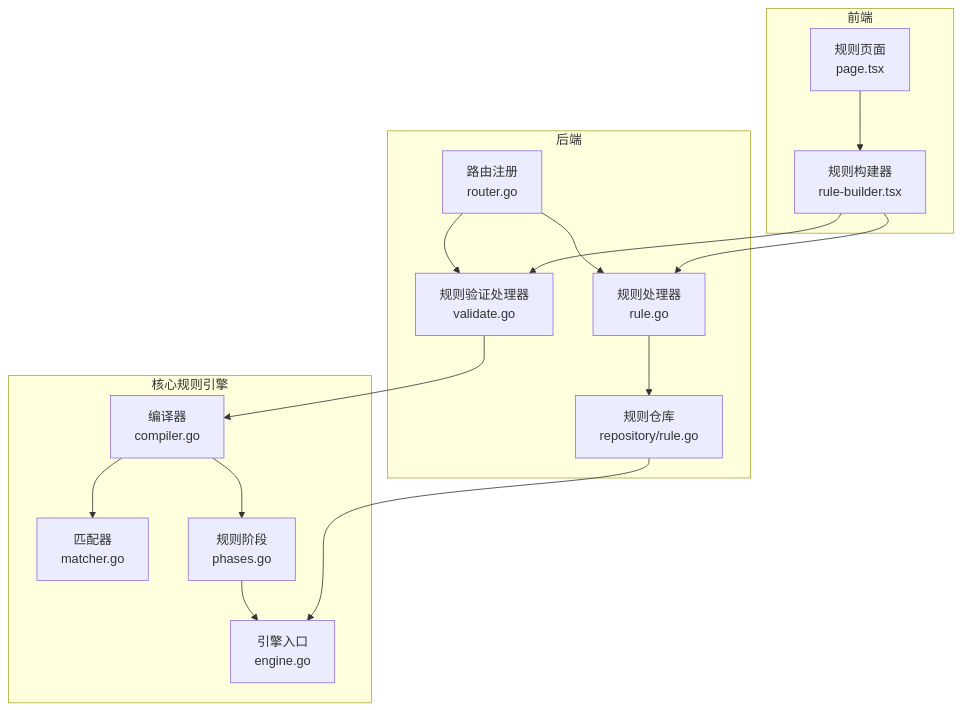
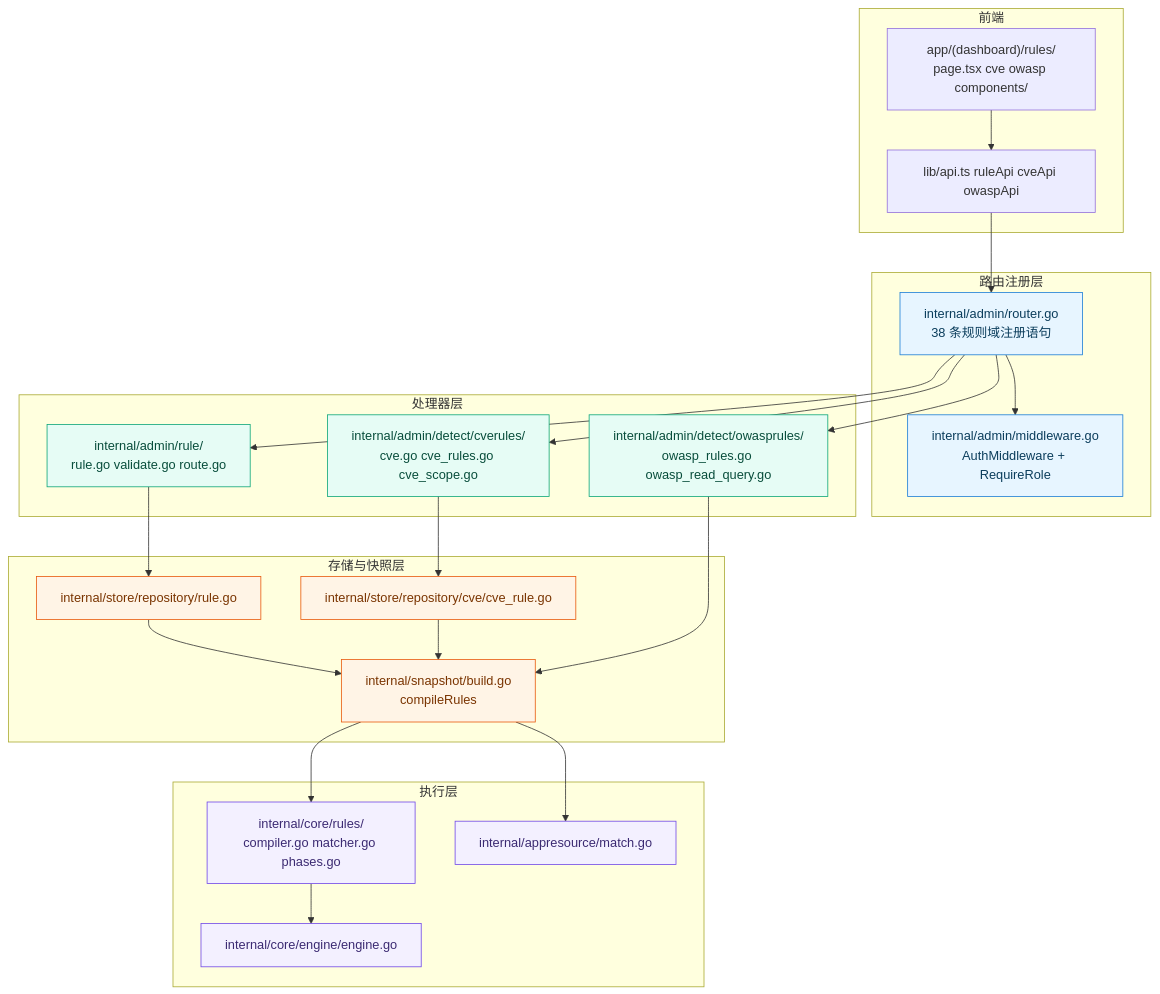
The first of 6 diagrams in docs/管理 API 系统/规则管理 API/规则管理 API.md (x01n/My-OpenWaf), drawn with Mermaid before and after one commit. The commit also changed other lines of this file and 622 other files, not shown here.

````diff
--- a/docs/管理 API 系统/规则管理 API/规则管理 API.md
+++ b/docs/管理 API 系统/规则管理 API/规则管理 API.md
@@ -41,30 +83,43 @@
 ```mermaid
 graph TB
-subgraph "前端"
-FE_RulePage["规则页面<br/>page.tsx"]
-FE_RuleBuilder["规则构建器<br/>rule-builder.tsx"]
-end
-subgraph "后端"
-Router["路由注册<br/>router.go"]
-HandlerRule["规则处理器<br/>rule.go"]
-HandlerValidate["规则验证处理器<br/>validate.go"]
-RepoRule["规则仓库<br/>repository/rule.go"]
-end
-subgraph "核心规则引擎"
-Compiler["编译器<br/>compiler.go"]
-Matcher["匹配器<br/>matcher.go"]
-Phases["规则阶段<br/>phases.go"]
-Engine["引擎入口<br/>engine.go"]
-end
-FE_RulePage --> FE_RuleBuilder
-FE_RuleBuilder --> HandlerValidate
-FE_RuleBuilder --> HandlerRule
-Router --> HandlerRule
-Router --> HandlerValidate
-HandlerRule --> RepoRule
-HandlerValidate --> Compiler
-RepoRule --> Engine
-Compiler --> Matcher
-Compiler --> Phases
-Phases --> Engine
+  subgraph RT["路由注册层"]
+    R1["internal/admin/router.go<br/>38 条规则域注册语句"]
+    R2["internal/admin/middleware.go<br/>AuthMiddleware + RequireRole"]
+  end
+  subgraph HD["处理器层"]
+    H1["internal/admin/rule/<br/>rule.go validate.go route.go"]
+    H2["internal/admin/detect/cverules/<br/>cve.go cve_rules.go cve_scope.go"]
+    H3["internal/admin/detect/owasprules/<br/>owasp_rules.go owasp_read_query.go"]
+  end
+  subgraph ST["存储与快照层"]
+    S1["internal/store/repository/rule.go"]
+    S2["internal/store/repository/cve/cve_rule.go"]
+    S3["internal/snapshot/build.go<br/>compileRules"]
+  end
+  subgraph EX["执行层"]
+    E1["internal/core/rules/<br/>compiler.go matcher.go phases.go"]
+    E2["internal/core/engine/engine.go"]
+    E3["internal/appresource/match.go"]
+  end
+  subgraph FE["前端"]
+    F1["app/(dashboard)/rules/<br/>page.tsx cve owasp components/"]
+    F2["lib/api.ts ruleApi cveApi owaspApi"]
+  end
+  F1 --> F2 --> R1 --> R2
+  R1 --> H1
+  R1 --> H2
+  R1 --> H3
+  H1 --> S1 --> S3
+  H2 --> S2 --> S3
+  H3 --> S3
+  S3 --> E1 --> E2
+  S3 --> E3
+  classDef reg fill:#e7f5ff,stroke:#1c7ed6,color:#0b3d5c
+  classDef hand fill:#e6fcf5,stroke:#0ca678,color:#084d3b
+  classDef store fill:#fff4e6,stroke:#e8590c,color:#7a3400
+  classDef run fill:#f3f0ff,stroke:#7048e8,color:#3b2a72
+  class R1,R2 reg
+  class H1,H2,H3 hand
+  class S1,S2,S3 store
+  class E1,E2,E3 run
 ```
````
